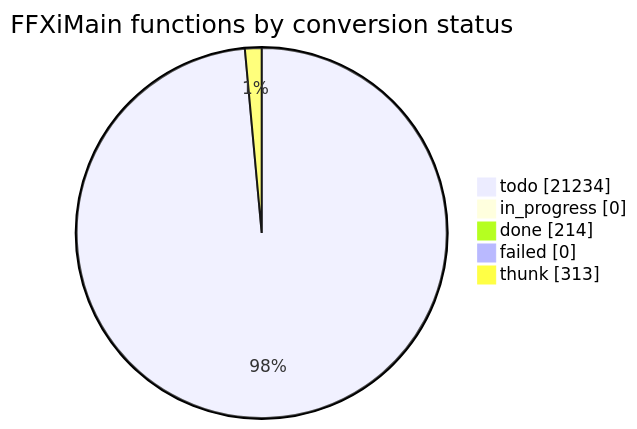
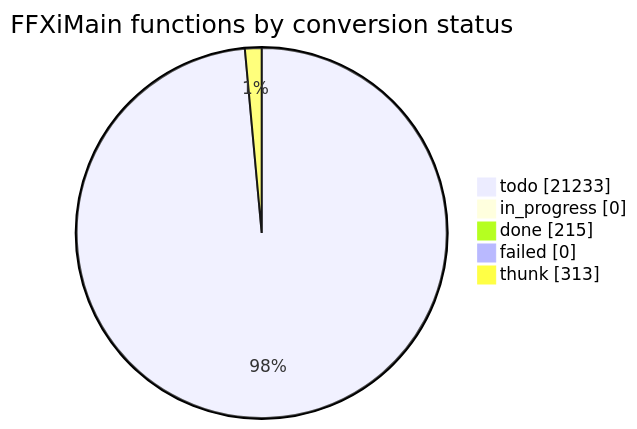
One commit to cowrevenge/cow_kuluu_xi_anything changed the diagram in docs/cow/STATUS.md. Above: the diagram before and after it, drawn with Mermaid. The commit also changed other lines of this file and 9 other files, not shown here.

````diff
--- a/docs/cow/STATUS.md
+++ b/docs/cow/STATUS.md
@@ -18,9 +18,9 @@
 ```mermaid
 pie showData
     title FFXiMain functions by conversion status
-    "todo" : 21234
+    "todo" : 21233
     "in_progress" : 0
-    "done" : 214
+    "done" : 215
     "failed" : 0
     "thunk" : 313
 ```
````
